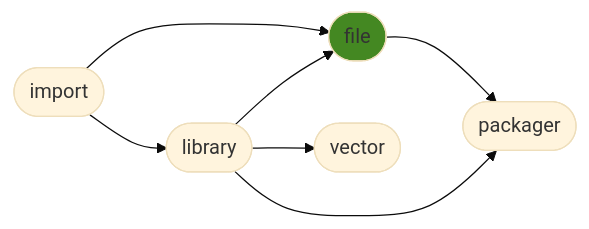
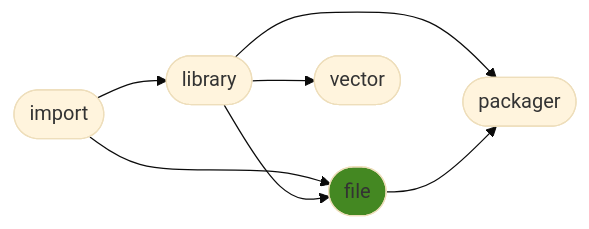
Before and after one commit to ManderaGeneral/generalfile: the diagram in README.md, drawn with Mermaid (base theme). The commit also changed other lines of this file, not shown here.

````diff
--- a/README.md
+++ b/README.md
@@ -24,15 +24,15 @@
 ```mermaid
 flowchart LR
+1([library]) --> 4([packager])
+2([file]) --> 4([packager])
+0([import]) --> 2([file])
+1([library]) --> 3([vector])
 0([import]) --> 1([library])
-2([file]) --> 4([packager])
-1([library]) --> 3([vector])
-0([import]) --> 2([file])
-1([library]) --> 4([packager])
 1([library]) --> 2([file])
 click 0 "https://github.com/ManderaGeneral/generalimport"
 click 1 "https://github.com/ManderaGeneral/generallibrary"
 click 2 "https://github.com/ManderaGeneral/generalfile"
 click 3 "https://github.com/ManderaGeneral/generalvector"
 click 4 "https://github.com/ManderaGeneral/generalpackager"
 style 2 fill:#482
 ```
````
